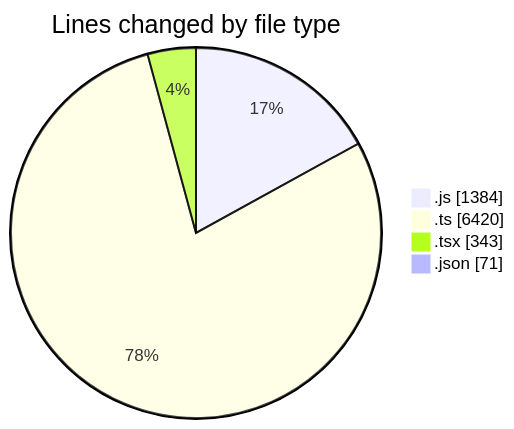
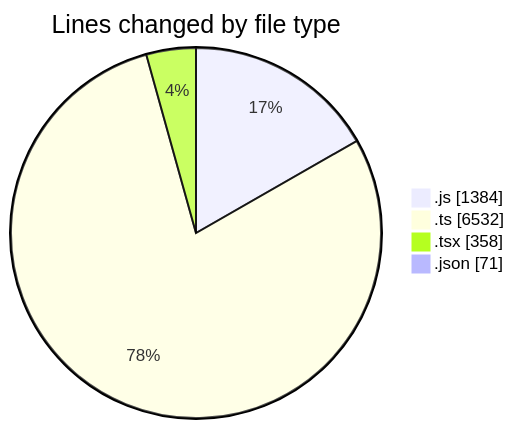
One commit to momahboobian/code-tracking changed the first of 2 diagrams in 2026-02-04/cda/README.md. Above: the diagram before and after it, drawn with Mermaid. The commit also changed other lines of this file and 1 other file, not shown here.

````diff
--- a/2026-02-04/cda/README.md
+++ b/2026-02-04/cda/README.md
@@ -30,8 +31,8 @@
 ```mermaid
 pie showData
 title Lines changed by file type
 ".js" : 1384
-".ts" : 6420
-".tsx" : 343
+".ts" : 6532
+".tsx" : 358
 ".json" : 71
 ```
````
